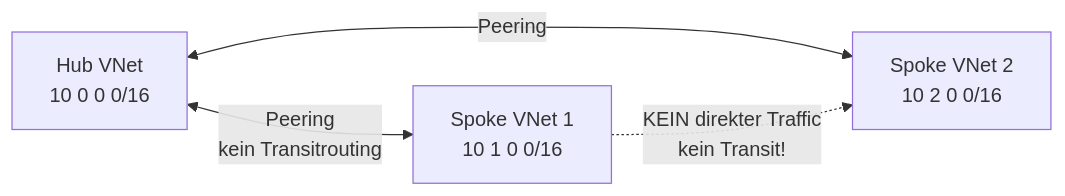
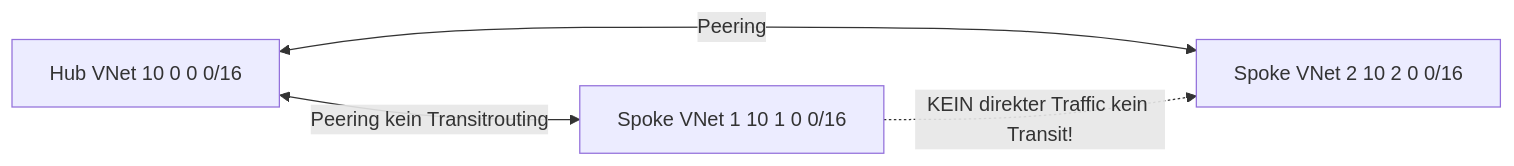
The second of 6 diagrams in Microsoft 365/Azure/Netzwerk/Azure Virtual Network.md (SoniiiT/notes-n-docs), drawn with Mermaid before and after one commit. The commit also changed other lines of this file and 124 other files, not shown here.

First line of the commit message:
fix: Entferne \n aus allen Mermaid-Diagrammen (125 Dateien)

````diff
--- a/Microsoft 365/Azure/Netzwerk/Azure Virtual Network.md
+++ b/Microsoft 365/Azure/Netzwerk/Azure Virtual Network.md
@@ -83,6 +83,6 @@
 ```mermaid
 graph LR
-    HUB[Hub VNet\n10 0 0 0/16] <-->|Peering\nkein Transitrouting| SPOKE1[Spoke VNet 1\n10 1 0 0/16]
-    HUB <-->|Peering| SPOKE2[Spoke VNet 2\n10 2 0 0/16]
-    SPOKE1 -.->|KEIN direkter Traffic\nkein Transit!| SPOKE2
+    HUB[Hub VNet 10 0 0 0/16] <-->|Peering kein Transitrouting| SPOKE1[Spoke VNet 1 10 1 0 0/16]
+    HUB <-->|Peering| SPOKE2[Spoke VNet 2 10 2 0 0/16]
+    SPOKE1 -.->|KEIN direkter Traffic kein Transit!| SPOKE2
 ```
````
